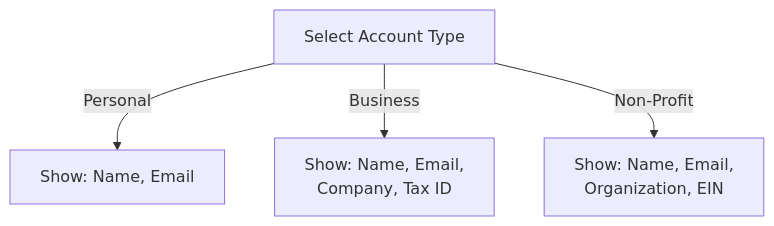
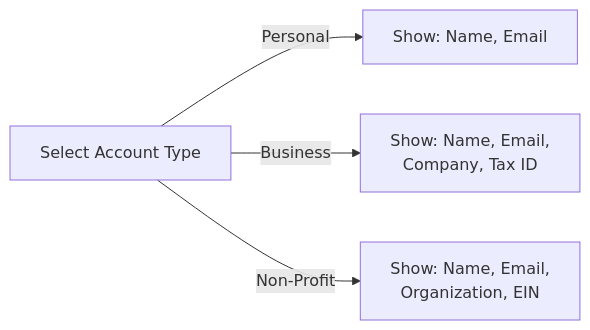
The third of 5 diagrams in _posts/2026-02-06-types-of-web-forms-how-to-handle-each-in-automation.md (bytetunnels/bytetunnels.github.com), drawn with Mermaid before and after one commit. The commit also changed other lines of this file and 118 other files, not shown here.

Commit message:
feat: improve diagram styling and compact wide flowcharts

````diff
--- a/_posts/2026-02-06-types-of-web-forms-how-to-handle-each-in-automation.md
+++ b/_posts/2026-02-06-types-of-web-forms-how-to-handle-each-in-automation.md
@@ -184,6 +184,6 @@
 ```mermaid
-flowchart TD
+flowchart LR
     A["Select Account Type"] -->|"Personal"| B["Show: Name, Email"]
-    A -->|"Business"| C["Show: Name, Email,<br>Company, Tax ID"]
-    A -->|"Non-Profit"| D["Show: Name, Email,<br>Organization, EIN"]
+    A -->|"Business"| C["Show: Name, Email,<br/>Company, Tax ID"]
+    A -->|"Non-Profit"| D["Show: Name, Email,<br/>Organization, EIN"]
 ```
````
